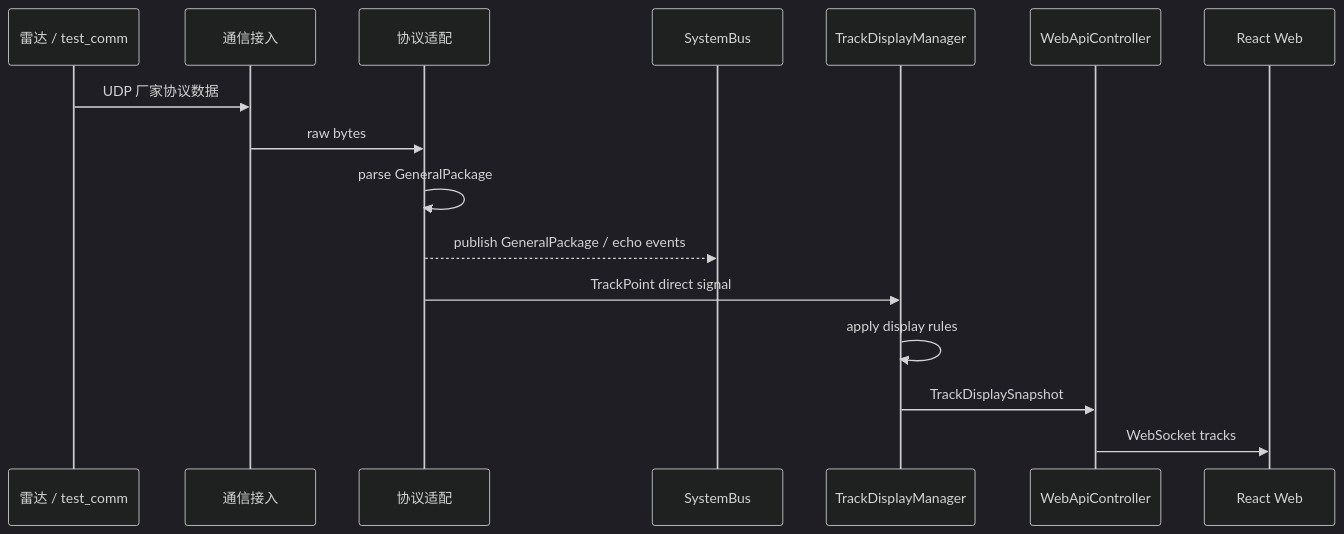
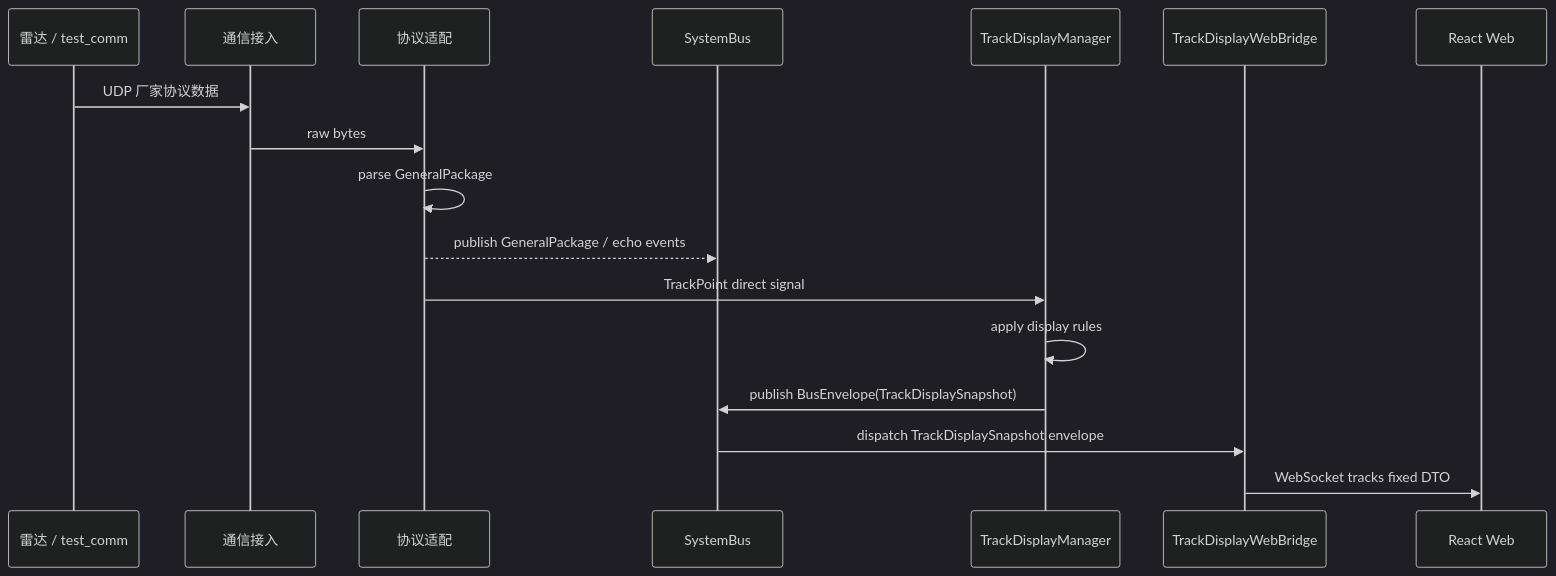
Before and after one commit to YoungL524/newAnti_arch: the first of 5 diagrams in doc/architecture/05-核心流程.md, drawn with Mermaid (dark theme). The commit also changed other lines of this file and 5 other files, not shown here.

````diff
--- a/doc/architecture/05-核心流程.md
+++ b/doc/architecture/05-核心流程.md
@@ -8,19 +8,20 @@
 ```mermaid
 sequenceDiagram
     participant Radar as 雷达 / test_comm
     participant Comm as 通信接入
     participant Adapter as 协议适配
     participant Bus as SystemBus
     participant Track as TrackDisplayManager
-    participant API as WebApiController
+    participant WebBridge as TrackDisplayWebBridge
     participant UI as React Web
 
     Radar->>Comm: UDP 厂家协议数据
     Comm->>Adapter: raw bytes
     Adapter->>Adapter: parse GeneralPackage
     Adapter-->>Bus: publish GeneralPackage / echo events
     Adapter->>Track: TrackPoint direct signal
     Track->>Track: apply display rules
-    Track->>API: TrackDisplaySnapshot
-    API->>UI: WebSocket tracks
+    Track->>Bus: publish BusEnvelope(TrackDisplaySnapshot)
+    Bus->>WebBridge: dispatch TrackDisplaySnapshot envelope
+    WebBridge->>UI: WebSocket tracks fixed DTO
 ```
````
